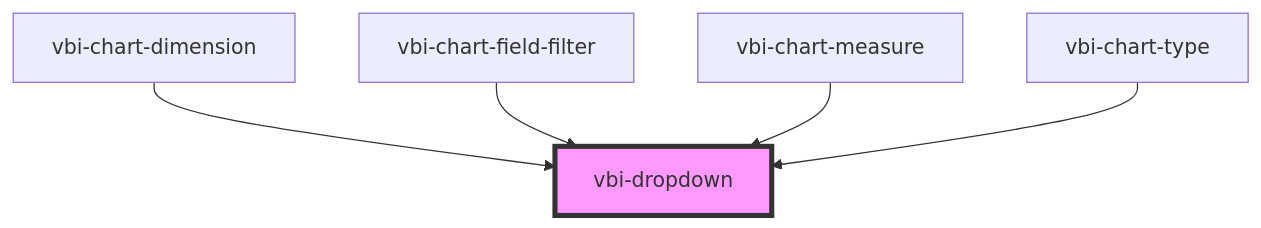
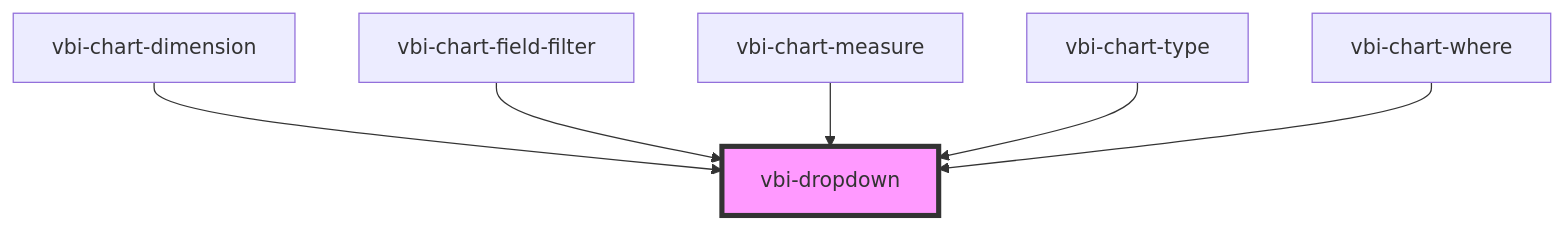
The diagram in packages/vbi-component/src/components/ui/vbi-dropdown/readme.md (Ditto190/VBI-modme), drawn with Mermaid before and after one commit. The commit also changed other lines of this file and 21 other files, not shown here.

````diff
--- a/packages/vbi-component/src/components/ui/vbi-dropdown/readme.md
+++ b/packages/vbi-component/src/components/ui/vbi-dropdown/readme.md
@@ -37,8 +38,9 @@
 ```mermaid
 graph TD;
   vbi-chart-dimension --> vbi-dropdown
   vbi-chart-field-filter --> vbi-dropdown
   vbi-chart-measure --> vbi-dropdown
   vbi-chart-type --> vbi-dropdown
+  vbi-chart-where --> vbi-dropdown
   style vbi-dropdown fill:#f9f,stroke:#333,stroke-width:4px
 ```
````
